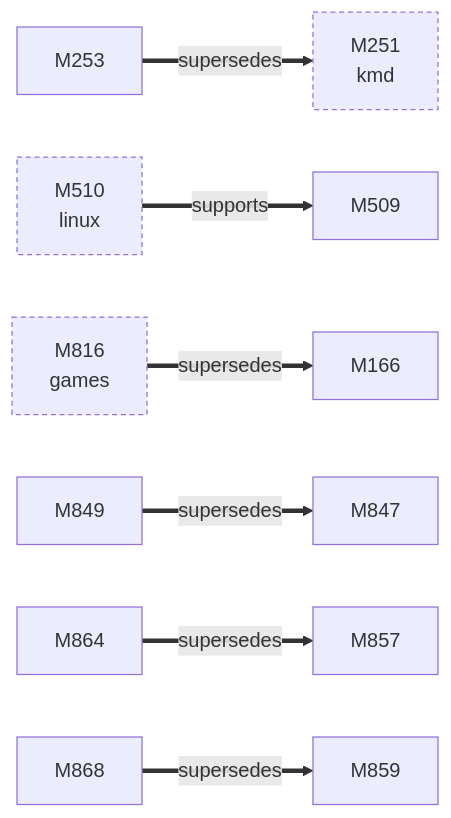
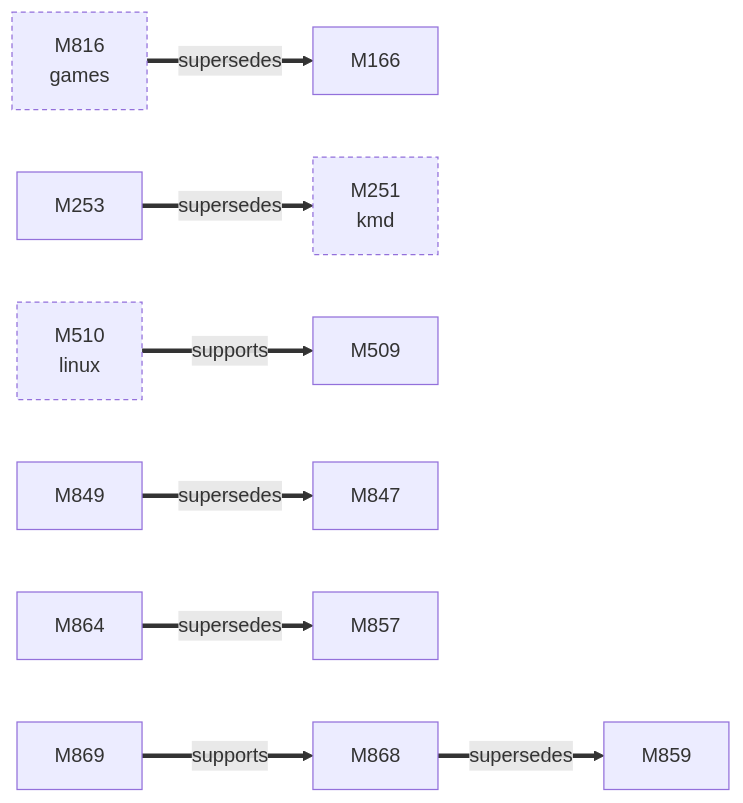
Before and after one commit to D-Ogi/amdgpu-wddm: the first of 2 diagrams in docs/facts/graphs/icd.md, drawn with Mermaid. The commit also changed other lines of this file and 25 other files, not shown here.

````diff
--- a/docs/facts/graphs/icd.md
+++ b/docs/facts/graphs/icd.md
@@ -9,23 +9,25 @@
 ```mermaid
 flowchart LR
   M166["M166"]
   M251["M251<br/>kmd"]
   M253["M253"]
   M509["M509"]
   M510["M510<br/>linux"]
   M816["M816<br/>games"]
   M847["M847"]
   M849["M849"]
   M857["M857"]
   M859["M859"]
   M864["M864"]
   M868["M868"]
+  M869["M869"]
   M253 ==>|supersedes| M251
   M849 ==>|supersedes| M847
   M864 ==>|supersedes| M857
   M868 ==>|supersedes| M859
+  M869 ==>|supports| M868
   M816 ==>|supersedes| M166
   M510 ==>|supports| M509
   classDef other stroke-dasharray:4 3
   class M251,M510,M816 other
 ```
````
